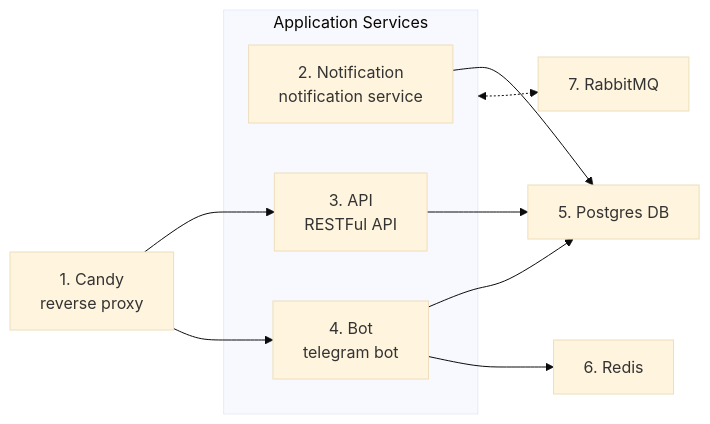
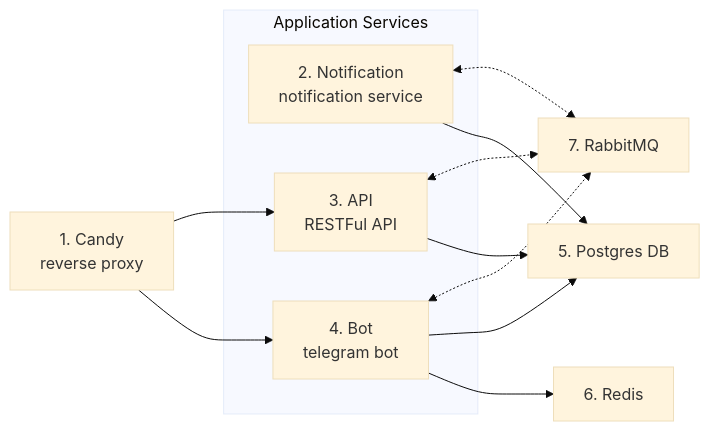
Before and after one commit to sasha4ka/barber-bot: the diagram in README.md, drawn with Mermaid (base theme).

Commit message:
fix mermaid.js 3

````diff
--- a/README.md
+++ b/README.md
@@ -11,26 +11,31 @@
 ```mermaid
 flowchart LR
   Candy["1. Candy<br/>reverse proxy"]
   PostgresDB["5. Postgres DB"]
   Redis["6. Redis"]
   RabbitMQ["7. RabbitMQ"]
 
   subgraph Services["Application Services"]
     Notification["2. Notification<br/>notification service"]
     API["3. API<br/>RESTFul API"]
     Bot["4. Bot<br/>telegram bot"]
   end
 
   Candy --> API
   Candy --> Bot
   
-  Services <-.-> RabbitMQ
+  API <-.-> RabbitMQ
+  Bot <-.-> RabbitMQ
+  Notification <-.-> RabbitMQ
+  
+  Bot ~~~ RabbitMQ
   
   Notification --> PostgresDB
   API --> PostgresDB
   Bot --> PostgresDB
   
   Bot --> Redis
+  
   classDef subgraphClass stroke-opacity:0.5
   class Services subgraphClass
 ```
````
